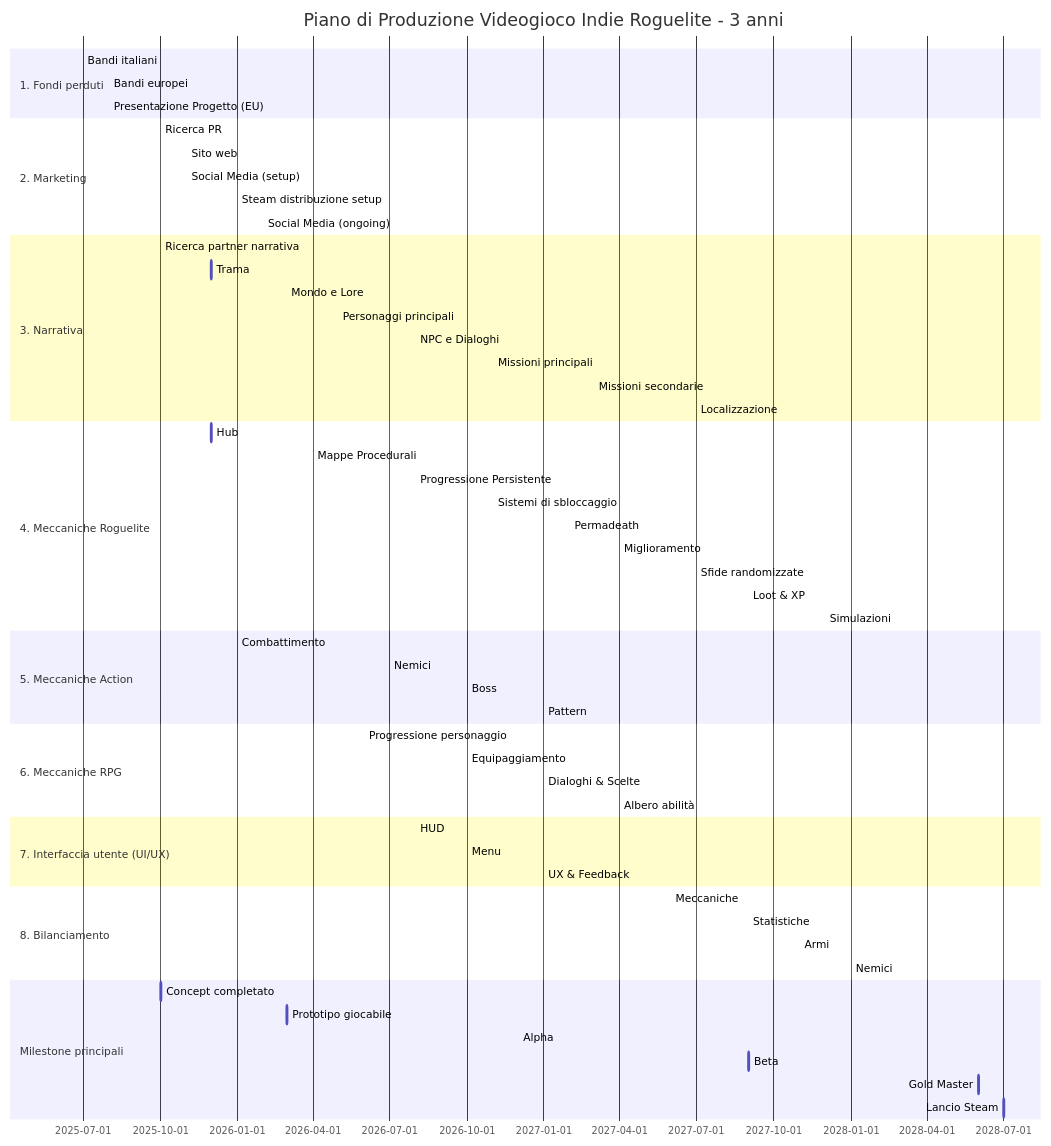
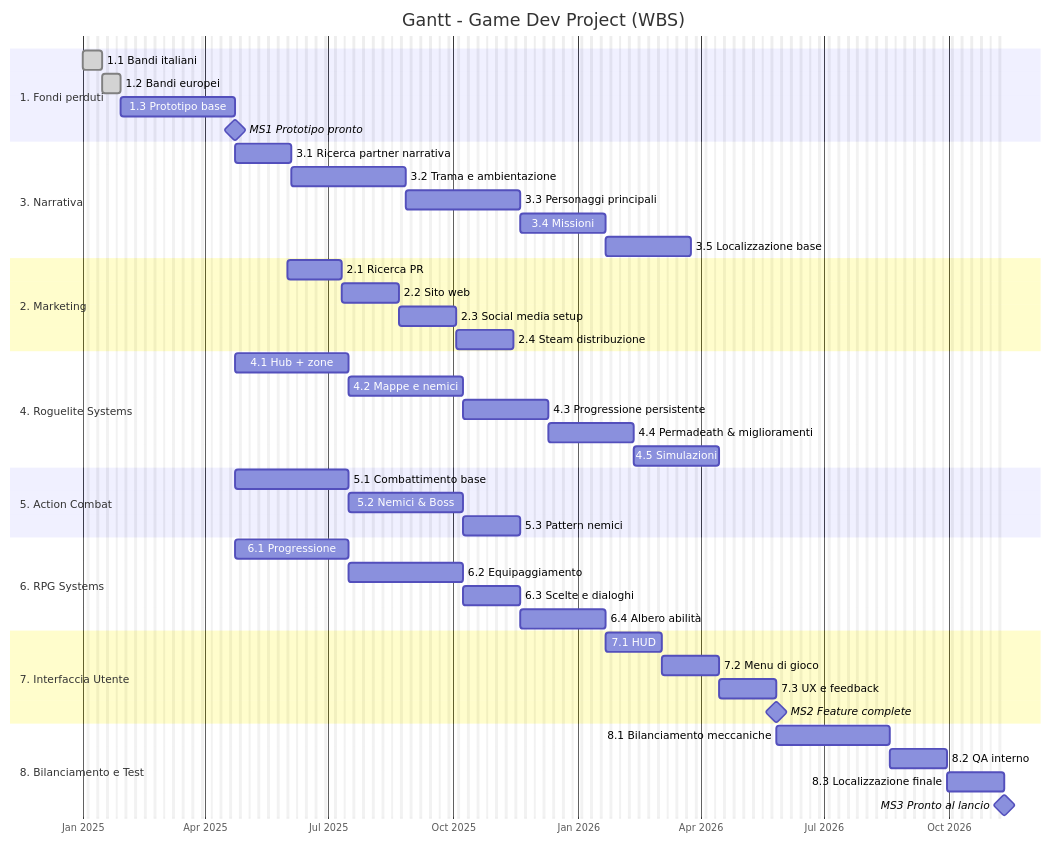
One commit to JBmanu/AthenaPlay-PM changed the diagram in report/planning/Gantt.md. Above: the diagram before and after it, drawn with Mermaid. The commit also changed 1 other file, not shown here.

````diff
--- a/report/planning/Gantt.md
+++ b/report/planning/Gantt.md
@@ -1,69 +1,66 @@
 ```mermaid
 gantt
-title Piano di Produzione Videogioco Indie Roguelite - 3 anni
-dateFormat  YYYY-MM
-section 1. Fondi perduti
-Bandi italiani                :done, bandi_it,     2025-07, 3m
-Bandi europei                :active, bandi_eu,     2025-08, 4m
-Presentazione Progetto (EU) :bandi_eu_present,     after bandi_eu, 1m
+    title Gantt - Game Dev Project (WBS)
+    dateFormat  YYYY-MM-DD
+    axisFormat  %b %Y
+    excludes    weekends
 
+%% Fase 1 - Prototipo per fondi perduti
+    section 1. Fondi perduti
+        1.1 Bandi italiani              :done, t1_1, 2025-01-01, 10d
+        1.2 Bandi europei               :done, t1_2, after t1_1, 10d
+        1.3 Prototipo base              :t1_3, after t1_2, 60d
+        MS1 Prototipo pronto            :milestone, ms1, after t1_3, 0d
+
+    %% Fase 2 - Narrativa
+    section 3. Narrativa
+        3.1 Ricerca partner narrativa   :t3_1, after ms1, 30d
+        3.2 Trama e ambientazione       :t3_2, after t3_1, 60d
+        3.3 Personaggi principali       :t3_3, after t3_2, 60d
+        3.4 Missioni                    :t3_4, after t3_3, 45d
+        3.5 Localizzazione base         :t3_5, after t3_4, 45d
+
+    %% Fase 3 - Marketing
     section 2. Marketing
-    Ricerca PR                   :pr_search,           2025-10, 2m
-    Sito web                     :website,             2025-11, 2m
-    Social Media (setup)        :social_start,        2025-11, 3m
-    Steam distribuzione setup   :steam_setup,         2026-01, 2m
-    Social Media (ongoing)      :social_ongoing,      2026-02, 30m
+        2.1 Ricerca PR                  :t2_1, 2025-06-01, 30d
+        2.2 Sito web                    :t2_2, after t2_1, 30d
+        2.3 Social media setup          :t2_3, after t2_2, 30d
+        2.4 Steam distribuzione         :t2_4, after t2_3, 30d
 
-    section 3. Narrativa
-    Ricerca partner narrativa   :narr_partner,        2025-10, 2m
-    Trama                       :story,               2025-12, 4m
-    Mondo e Lore                :lore,                2026-03, 4m
-    Personaggi principali       :characters_main,     2026-05, 3m
-    NPC e Dialoghi              :npc_dialogues,       2026-08, 4m
-    Missioni principali         :missions_main,       2026-11, 4m
-    Missioni secondarie         :missions_side,       2027-03, 4m
-    Localizzazione              :localization,        2027-07, 4m
+    %% Fase 4 - Gameplay Systems
+    section 4. Roguelite Systems
+        4.1 Hub + zone                  :t4_1, after ms1, 60d
+        4.2 Mappe e nemici              :t4_2, after t4_1, 60d
+        4.3 Progressione persistente    :t4_3, after t4_2, 45d
+        4.4 Permadeath & miglioramenti  :t4_4, after t4_3, 45d
+        4.5 Simulazioni                 :t4_5, after t4_4, 45d
 
-    section 4. Meccaniche Roguelite
-    Hub                         :hub,                 2025-12, 4m
-    Mappe Procedurali           :procedural_maps,     2026-04, 4m
-    Progressione Persistente    :persistent_prog,     2026-08, 3m
-    Sistemi di sbloccaggio      :unlock_systems,      2026-11, 3m
-    Permadeath                  :permadeath,          2027-02, 2m
-    Miglioramento               :upgrade_systems,     2027-04, 3m
-    Sfide randomizzate          :random_challenges,   2027-07, 2m
-    Loot & XP                   :loot_xp,             2027-09, 3m
-    Simulazioni                 :simulations,         2027-12, 3m
+    %% Fase 5 - Meccaniche Action
+    section 5. Action Combat
+        5.1 Combattimento base          :t5_1, after ms1, 60d
+        5.2 Nemici & Boss               :t5_2, after t5_1, 60d
+        5.3 Pattern nemici              :t5_3, after t5_2, 30d
 
-    section 5. Meccaniche Action
-    Combattimento               :combat,              2026-01, 6m
-    Nemici                      :enemies,             2026-07, 3m
-    Boss                        :bosses,              2026-10, 3m
-    Pattern                     :combat_patterns,     2027-01, 3m
+    %% Fase 6 - Meccaniche RPG
+    section 6. RPG Systems
+        6.1 Progressione                :t6_1, after ms1, 60d
+        6.2 Equipaggiamento             :t6_2, after t6_1, 60d
+        6.3 Scelte e dialoghi           :t6_3, after t6_2, 30d
+        6.4 Albero abilità              :t6_4, after t6_3, 45d
 
-    section 6. Meccaniche RPG
-    Progressione personaggio    :rpg_progress,        2026-06, 4m
-    Equipaggiamento             :equipment,           2026-10, 3m
-    Dialoghi & Scelte           :dialogue_choices,    2027-01, 3m
-    Albero abilità              :skill_tree,          2027-04, 3m
+    %% Fase 7 - UI/UX
+    section 7. Interfaccia Utente
+        7.1 HUD                         :t7_1, after t6_4, 30d
+        7.2 Menu di gioco               :t7_2, after t7_1, 30d
+        7.3 UX e feedback               :t7_3, after t7_2, 30d
+        MS2 Feature complete            :milestone, ms2, after t7_3, 0d
 
-    section 7. Interfaccia utente (UI/UX)
-    HUD                         :hud,                 2026-08, 2m
-    Menu                        :menu,                2026-10, 2m
-    UX & Feedback               :ux_feedback,         2027-01, 3m
+    %% Fase 8 - Bilanciamento e QA
+    section 8. Bilanciamento e Test
+        8.1 Bilanciamento meccaniche    :t8_1, after ms2, 60d
+        8.2 QA interno                  :t8_2, after t8_1, 30d
+        8.3 Localizzazione finale       :t8_3, after t8_2, 30d
+        MS3 Pronto al lancio            :milestone, ms3, after t8_3, 0d
 
-    section 8. Bilanciamento
-    Meccaniche                  :balance_mechanics,   2027-06, 3m
-    Statistiche                 :balance_stats,       2027-09, 2m
-    Armi                        :balance_weapons,     2027-11, 2m
-    Nemici                      :balance_enemies,     2028-01, 2m
-
-    section Milestone principali
-    Concept completato          :milestone_concept,   2025-10, 1d
-    Prototipo giocabile         :milestone_proto,     2026-03, 1d
-    Alpha                       :milestone_alpha,     2026-12, 1d
-    Beta                        :milestone_beta,      2027-09, 1d
-    Gold Master                 :milestone_gold,      2028-06, 1d
-    Lancio Steam                :milestone_launch,    2028-07, 1d
 
 ```
````
